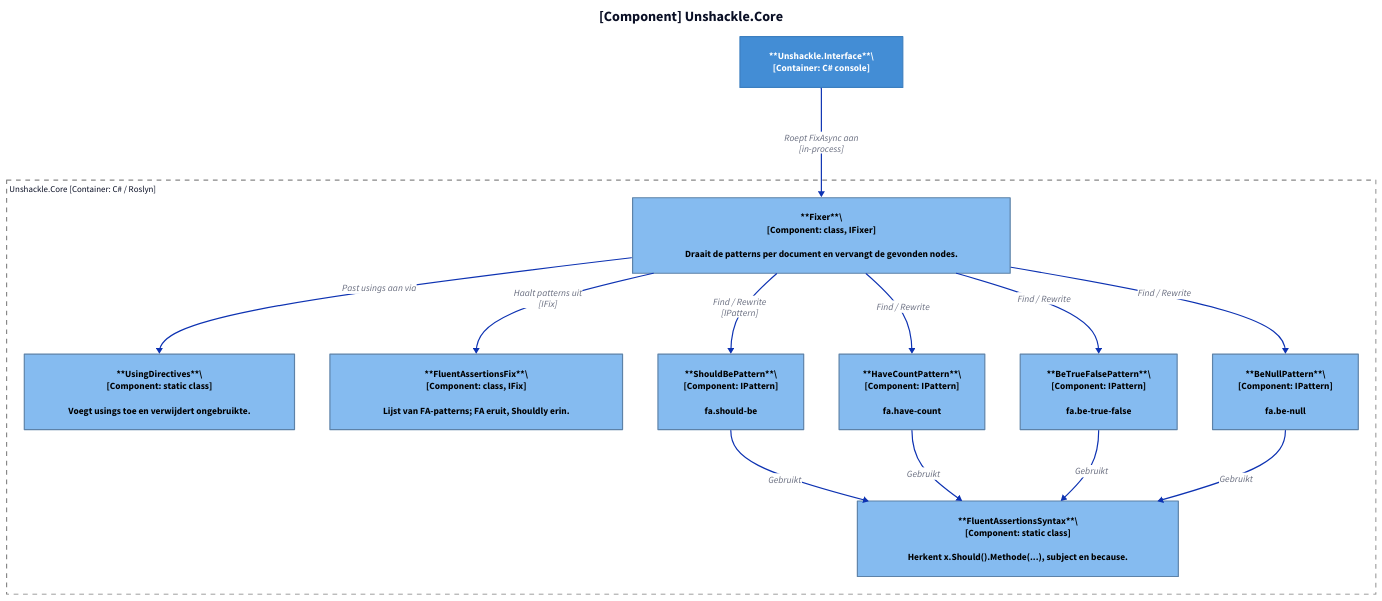
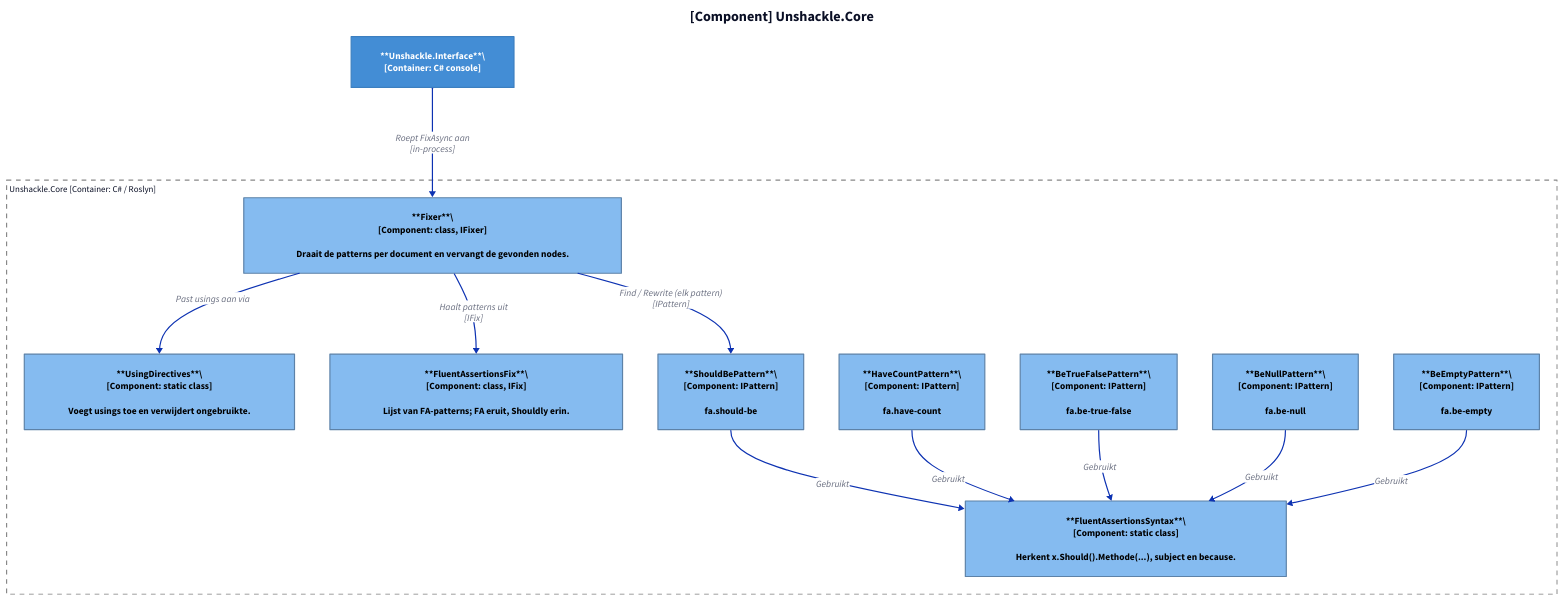
The diagram in docs/projectinfo/img/README-3.d2 (ATkingma/unshackle), drawn with D2 before and after one commit. The commit also changed 47 other files, not shown here.

First line of the commit message:
Add fa.be-empty pattern, issue forms and end-to-end task

```diff
--- a/docs/projectinfo/img/README-3.d2
+++ b/docs/projectinfo/img/README-3.d2
@@ -1,86 +1,90 @@
 classes: {
   person: {shape: c4-person; style: {fill: "#08427b"; stroke: "#073b6f"; font-color: "#ffffff"}}
   system: {shape: rectangle; style: {fill: "#1168bd"; stroke: "#0b4884"; font-color: "#ffffff"}}
   external: {shape: rectangle; style: {fill: "#999999"; stroke: "#6b6b6b"; font-color: "#ffffff"}}
   container: {shape: rectangle; style: {fill: "#438dd5"; stroke: "#3c7fc0"; font-color: "#ffffff"}}
   component: {shape: rectangle; style: {fill: "#85bbf0"; stroke: "#5d82a8"; font-color: "#000000"}}
   boundary: {label.near: top-left; style: {fill: transparent; stroke: "#888888"; stroke-dash: 4; font-size: 15}}
 }
 title: "[Component] Unshackle.Core" {shape: text; near: top-center; style: {font-size: 24; bold: true}}
 direction: down
 vars: {
   d2-legend: {
     c: Container {class: container}
     k: Component {class: component}
     bd: Container boundary {class: boundary}
     a: "" {style.opacity: 0}
     b: "" {style.opacity: 0}
     a -> b: Relationship
   }
 }
 core: "Unshackle.Core [Container: C# / Roslyn]" {
   class: boundary
   fixer: |md
     **Fixer**\
     [Component: class, IFixer]
 
     Draait de patterns per document en vervangt de gevonden nodes.
   | {class: component}
   usings: |md
     **UsingDirectives**\
     [Component: static class]
 
     Voegt usings toe en verwijdert ongebruikte.
   | {class: component}
   fafix: |md
     **FluentAssertionsFix**\
     [Component: class, IFix]
 
     Lijst van FA-patterns; FA eruit, Shouldly erin.
   | {class: component}
   syntax: |md
     **FluentAssertionsSyntax**\
     [Component: static class]
 
     Herkent x.Should().Methode(...), subject en because.
   | {class: component}
   p1: |md
     **ShouldBePattern**\
     [Component: IPattern]
 
     fa.should-be
   | {class: component}
   p2: |md
     **HaveCountPattern**\
     [Component: IPattern]
 
     fa.have-count
   | {class: component}
   p3: |md
     **BeTrueFalsePattern**\
     [Component: IPattern]
 
     fa.be-true-false
   | {class: component}
   p4: |md
     **BeNullPattern**\
     [Component: IPattern]
 
     fa.be-null
   | {class: component}
+  p5: |md
+    **BeEmptyPattern**\
+    [Component: IPattern]
+
+    fa.be-empty
+  | {class: component}
 }
 cli: |md
   **Unshackle.Interface**\
   [Container: C# console]
 | {class: container}
 cli -> core.fixer: "Roept FixAsync aan\n[in-process]"
 core.fixer -> core.fafix: "Haalt patterns uit\n[IFix]"
 core.fixer -> core.usings: "Past usings aan via"
-core.fixer -> core.p1: "Find / Rewrite\n[IPattern]"
+core.fixer -> core.p1: "Find / Rewrite (elk pattern)\n[IPattern]"
 core.p1 -> core.syntax: "Gebruikt"
 core.p2 -> core.syntax: "Gebruikt"
 core.p3 -> core.syntax: "Gebruikt"
 core.p4 -> core.syntax: "Gebruikt"
-core.fixer -> core.p2: "Find / Rewrite"
-core.fixer -> core.p3: "Find / Rewrite"
-core.fixer -> core.p4: "Find / Rewrite"
+core.p5 -> core.syntax: "Gebruikt"
```
